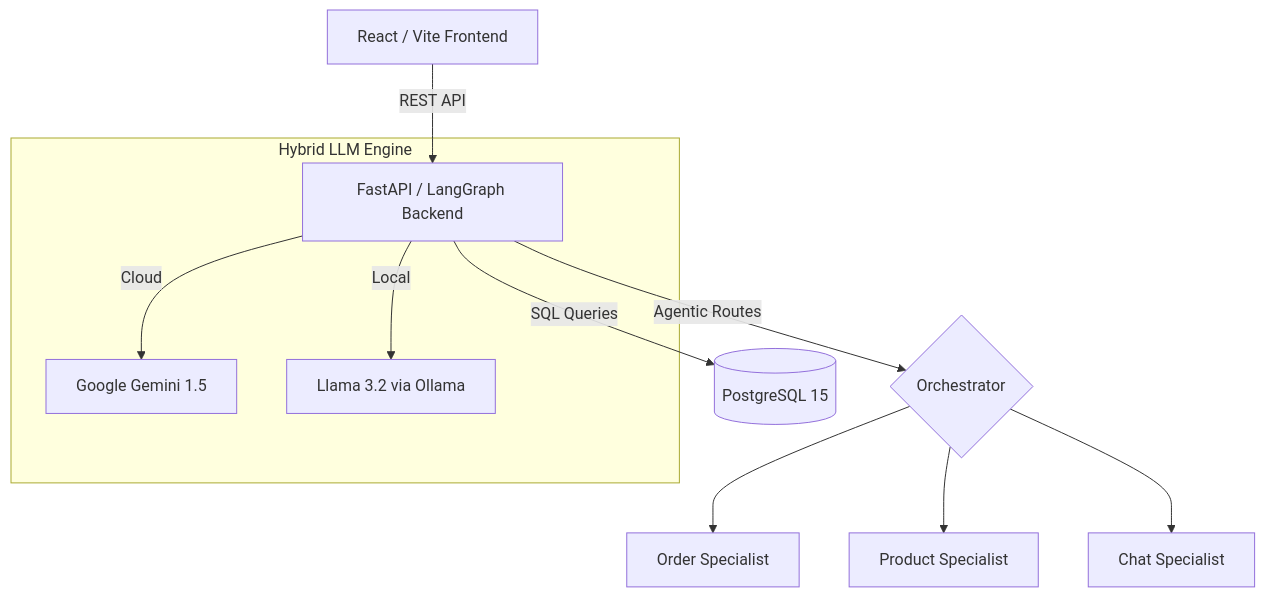
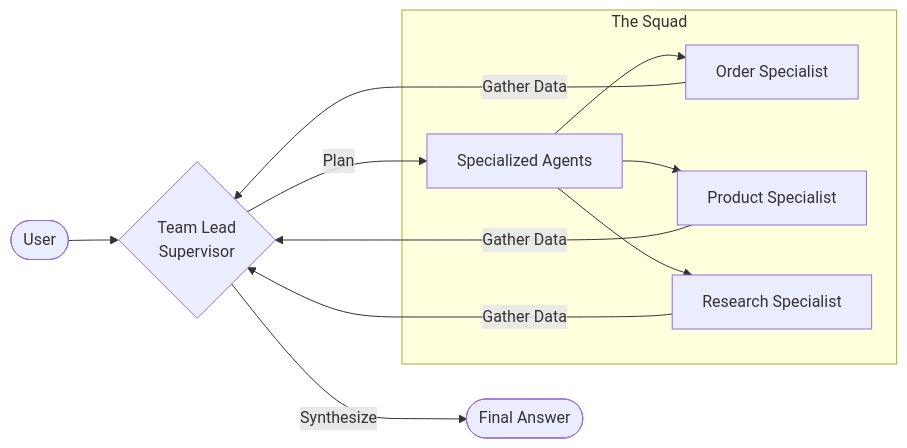
The diagram in README.md (victorwei1122/ai_agent_with_business_case), drawn with Mermaid before and after one commit. The commit also changed other lines of this file and 29 other files, not shown here.

````diff
--- a/README.md
+++ b/README.md
@@ -9,13 +9,14 @@
 ```mermaid
-graph TD
-    UI[React / Vite Frontend] -->|REST API| BE[FastAPI / LangGraph Backend]
-    subgraph "Hybrid LLM Engine"
-        BE -->|Cloud| Gemini[Google Gemini 1.5]
-        BE -->|Local| Ollama[Llama 3.2 via Ollama]
+graph LR
+    User([User]) --> Supervisor{Team Lead<br/>Supervisor}
+    Supervisor -->|Plan| Agents[Specialized Agents]
+    subgraph "The Squad"
+        Agents --> OrderAgent[Order Specialist]
+        Agents --> ProductAgent[Product Specialist]
+        Agents --> ResearchAgent[Research Specialist]
     end
-    BE -->|SQL Queries| DB[(PostgreSQL 15)]
-    BE -->|Agentic Routes| Agents{Orchestrator}
-    Agents --> OrderAgent[Order Specialist]
-    Agents --> ProductAgent[Product Specialist]
-    Agents --> GeneralAgent[Chat Specialist]
+    OrderAgent -->|Gather Data| Supervisor
+    ProductAgent -->|Gather Data| Supervisor
+    ResearchAgent -->|Gather Data| Supervisor
+    Supervisor -->|Synthesize| Final([Final Answer])
 ```
````
